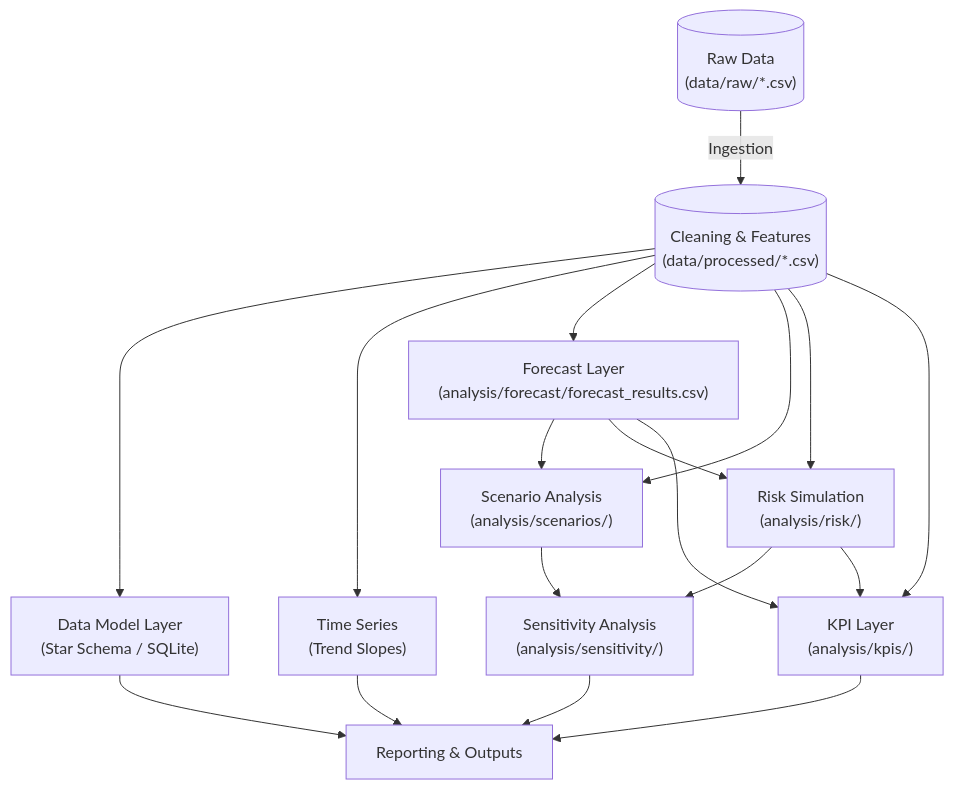
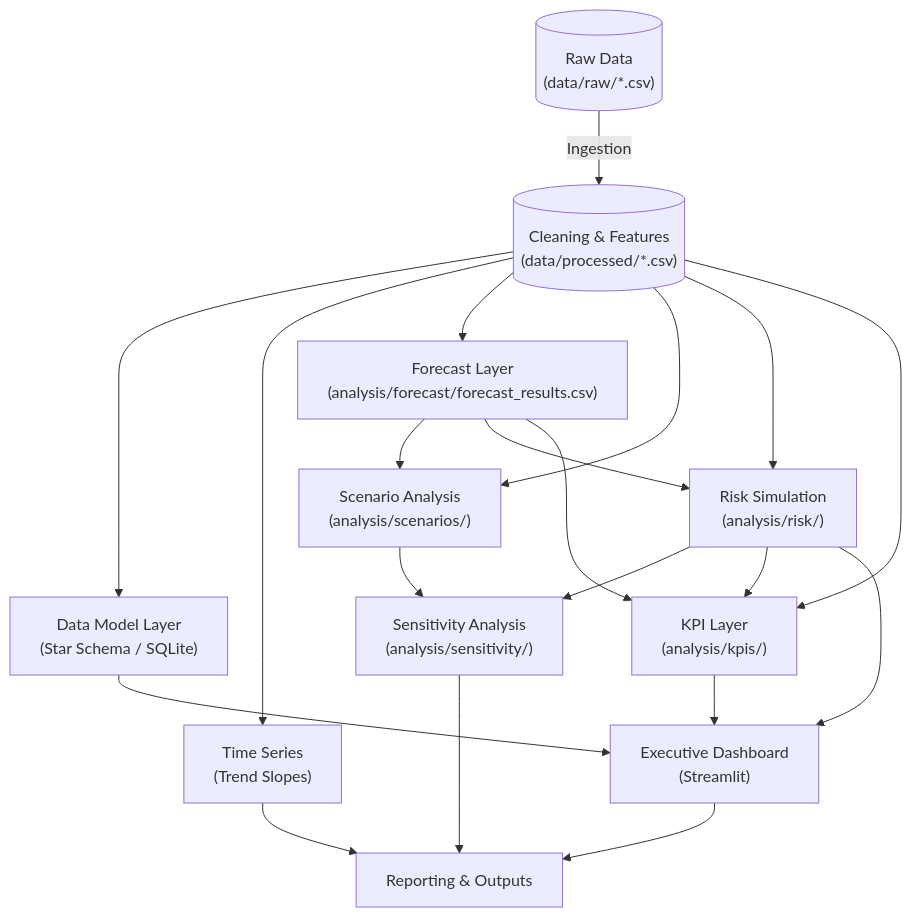
One commit to MarwanSaad20/DATA_ANALYSIS changed the diagram in dss_sales_inventory/README.md. Above: the diagram before and after it, drawn with Mermaid. The commit also changed other lines of this file and 5 other files, not shown here.

Commit message:
Week 11: Added Executive Dashboard (Python/Streamlit) with interactive KPIs, trend, bar, scatter charts, and risk gauge

````diff
--- a/dss_sales_inventory/README.md
+++ b/dss_sales_inventory/README.md
@@ -135,47 +139,52 @@
 ```mermaid
 graph TD
     %% Nodes
     RAW[("Raw Data<br/>(data/raw/*.csv)")]
     CLEAN[("Cleaning & Features<br/>(data/processed/*.csv)")]
     
     MODEL["Data Model Layer<br/>(Star Schema / SQLite)"]
     
     TS["Time Series<br/>(Trend Slopes)"]
     FC["Forecast Layer<br/>(analysis/forecast/forecast_results.csv)"]
     
     SCEN["Scenario Analysis<br/>(analysis/scenarios/)"]
     RISK["Risk Simulation<br/>(analysis/risk/)"]
     SENS["Sensitivity Analysis<br/>(analysis/sensitivity/)"]
     KPI["KPI Layer<br/>(analysis/kpis/)"]
     
+    DASH["Executive Dashboard<br/>(Streamlit)"]
+
     REPORT["Reporting & Outputs"]
 
     %% Flow
     RAW --> |Ingestion| CLEAN
     CLEAN --> MODEL
     CLEAN --> TS
     CLEAN --> FC
     
     %% Dependencies
     FC --> SCEN
     CLEAN --> SCEN
     
     FC --> RISK
     CLEAN --> RISK
     
     %% Advanced Analysis
     RISK --> SENS
     SCEN --> SENS
     
     %% KPI Integration
     CLEAN --> KPI
     FC --> KPI
     RISK --> KPI
     
+    %% Dashboard Consumption
+    MODEL --> DASH
+    KPI --> DASH
+    RISK --> DASH
+
     %% Reporting
-    MODEL --> REPORT
     TS --> REPORT
     SENS --> REPORT
-    KPI --> REPORT
-
+    DASH --> REPORT
 ```
````
